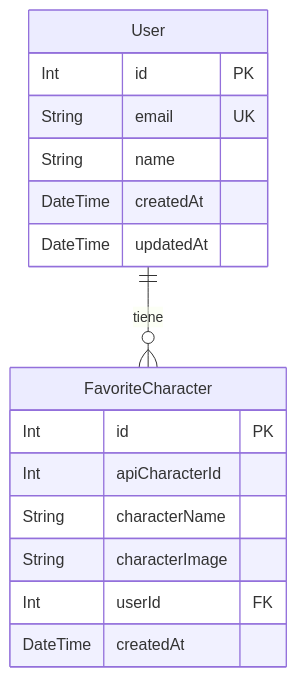
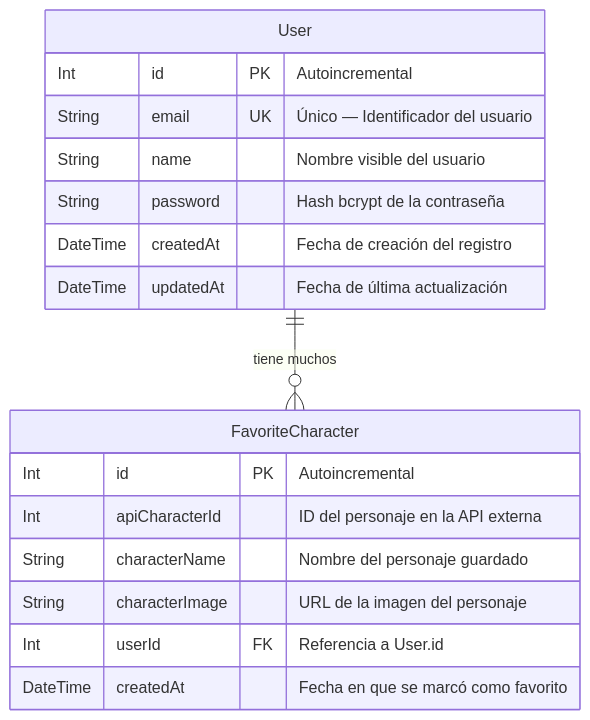
One commit to santiagolopezbarbosa/employibilty-test-ts-next changed the eighth of 8 diagrams in docs/1_Documento_Diseno_Software_220501095.md. Above: the diagram before and after it, drawn with Mermaid. The commit also changed other lines of this file and 5 other files, not shown here.

````diff
--- a/docs/1_Documento_Diseno_Software_220501095.md
+++ b/docs/1_Documento_Diseno_Software_220501095.md
@@ -83,21 +794,22 @@
 ```mermaid
 erDiagram
-    User ||--o{ FavoriteCharacter : "tiene"
+    User ||--o{ FavoriteCharacter : "tiene muchos"
     
     User {
-        Int id PK
-        String email UK
-        String name
-        DateTime createdAt
-        DateTime updatedAt
+        Int id PK "Autoincremental"
+        String email UK "Único — Identificador del usuario"
+        String name "Nombre visible del usuario"
+        String password "Hash bcrypt de la contraseña"
+        DateTime createdAt "Fecha de creación del registro"
+        DateTime updatedAt "Fecha de última actualización"
     }
 
     FavoriteCharacter {
-        Int id PK
-        Int apiCharacterId
-        String characterName
-        String characterImage
-        Int userId FK
-        DateTime createdAt
+        Int id PK "Autoincremental"
+        Int apiCharacterId "ID del personaje en la API externa"
+        String characterName "Nombre del personaje guardado"
+        String characterImage "URL de la imagen del personaje"
+        Int userId FK "Referencia a User.id"
+        DateTime createdAt "Fecha en que se marcó como favorito"
     }
 ```
````
